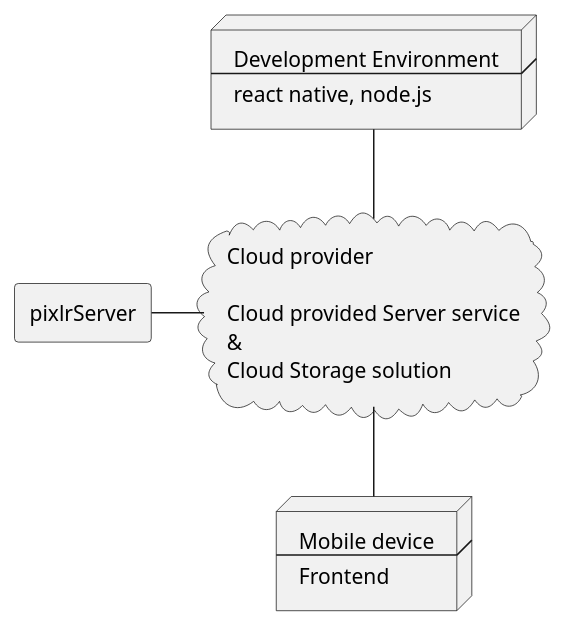
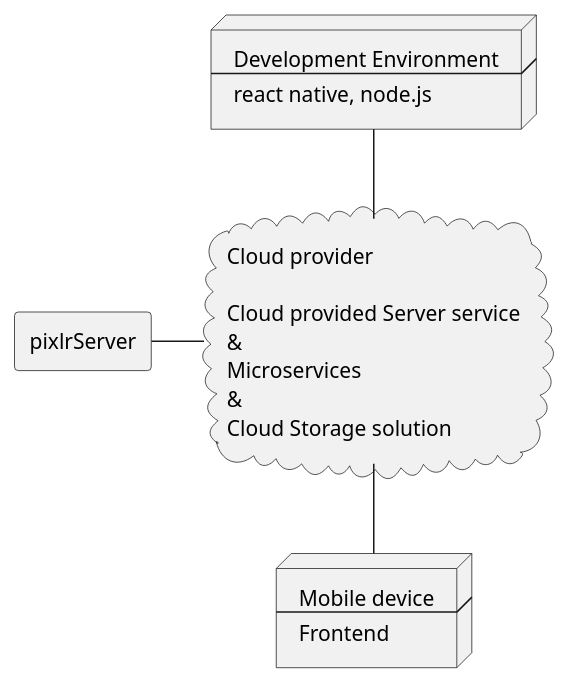
Before and after one commit to CMarquetand/swarc-material: the diagram in uml/deploymentView.plantuml, drawn with PlantUML. The commit also changed 4 other files, not shown here.

```diff
--- a/uml/deploymentView.plantuml
+++ b/uml/deploymentView.plantuml
@@ -1,29 +1,31 @@
 @startuml deplomentView1
 
 
 agent pixlrServer
 node MobileDevice [
 Mobile device
 ----
 Frontend
 ]
 
 cloud Server [
 Cloud provider
    
 Cloud provided Server service
 &
+Microservices
+&
 Cloud Storage solution
 ]
 
 node DevelopmentEnvironment [
 Development Environment
 ----
 react native, node.js
 ]
 
 MobileDevice -up- Server
 DevelopmentEnvironment -- Server
 pixlrServer - Server
 
 @enduml
```
